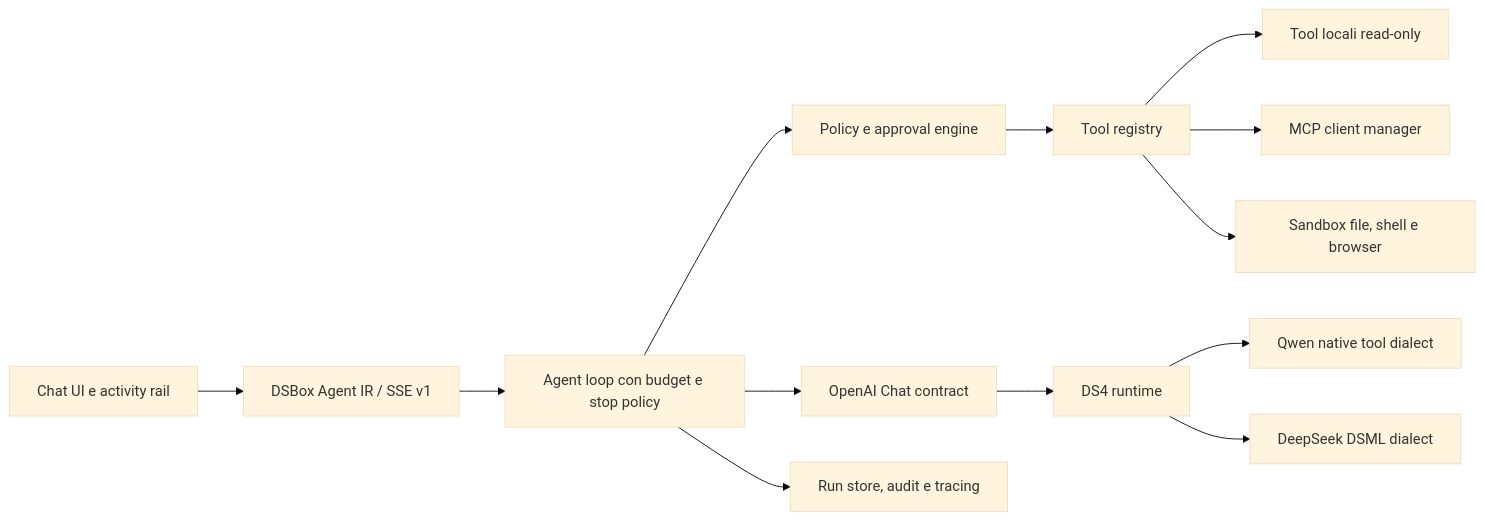
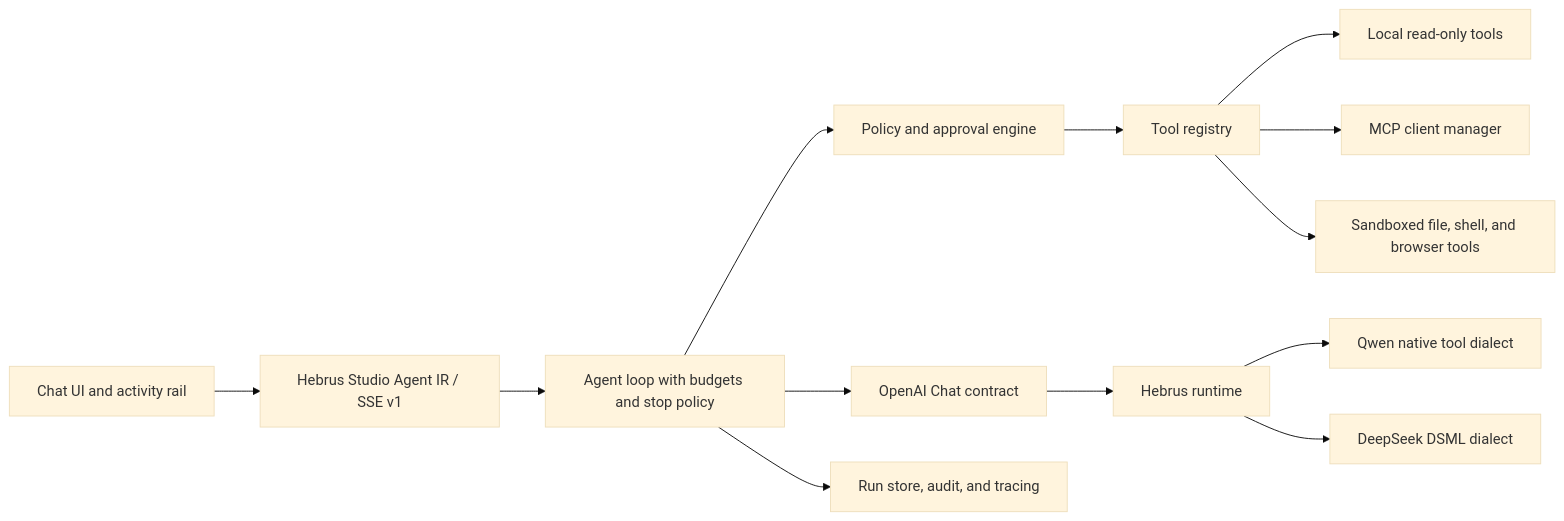
Before and after one commit to andreaborio/dsbox: the diagram in docs/agentic-chat-roadmap.md, drawn with Mermaid (base theme). The commit also changed other lines of this file and 85 other files, not shown here.

Commit message:
app: launch the Hebrus Studio bridge

````diff
--- a/docs/agentic-chat-roadmap.md
+++ b/docs/agentic-chat-roadmap.md
@@ -54,15 +56,15 @@
 ```mermaid
 flowchart LR
-    UI["Chat UI e activity rail"] --> IR["DSBox Agent IR / SSE v1"]
-    IR --> LOOP["Agent loop con budget e stop policy"]
-    LOOP --> POLICY["Policy e approval engine"]
+    UI["Chat UI and activity rail"] --> IR["Hebrus Studio Agent IR / SSE v1"]
+    IR --> LOOP["Agent loop with budgets and stop policy"]
+    LOOP --> POLICY["Policy and approval engine"]
     POLICY --> REG["Tool registry"]
-    REG --> LOCAL["Tool locali read-only"]
+    REG --> LOCAL["Local read-only tools"]
     REG --> MCP["MCP client manager"]
-    REG --> SAFE["Sandbox file, shell e browser"]
+    REG --> SAFE["Sandboxed file, shell, and browser tools"]
     LOOP --> OAI["OpenAI Chat contract"]
-    OAI --> DS4["DS4 runtime"]
-    DS4 --> QWEN["Qwen native tool dialect"]
-    DS4 --> DEEP["DeepSeek DSML dialect"]
-    LOOP --> RUNS["Run store, audit e tracing"]
+    OAI --> HEBRUS["Hebrus runtime"]
+    HEBRUS --> QWEN["Qwen native tool dialect"]
+    HEBRUS --> DEEP["DeepSeek DSML dialect"]
+    LOOP --> RUNS["Run store, audit, and tracing"]
 ```
````
